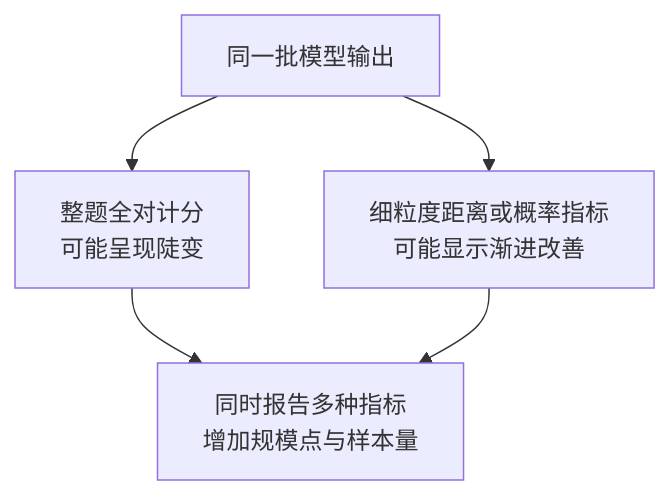
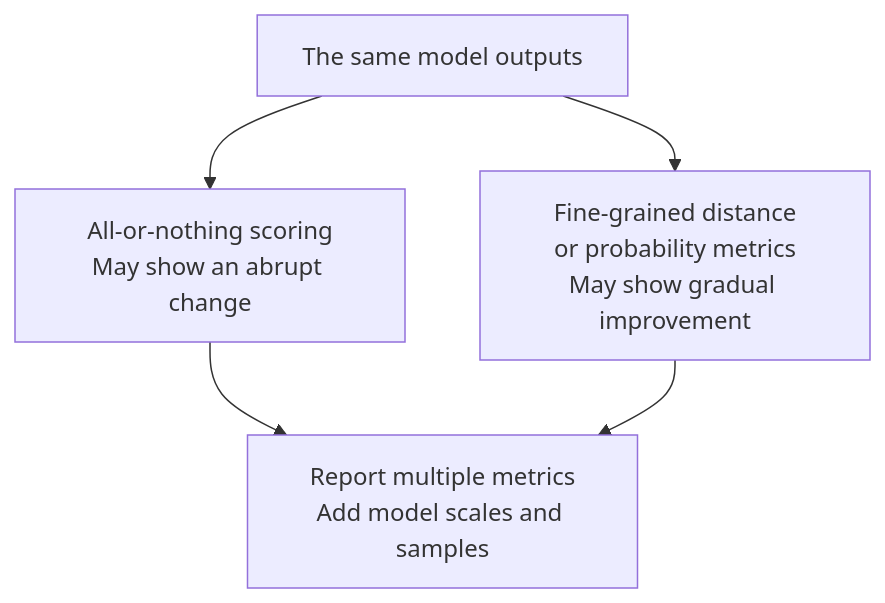
One commit to oneleaveknowsthefall/awesome-ai-roadmap changed the second of 2 diagrams in docs/llm/02-training-alignment/07-scaling-law-emergence.md. Above: the diagram before and after it, drawn with Mermaid. The commit also changed other lines of this file and 92 other files, not shown here.

````diff
--- a/docs/llm/02-training-alignment/07-scaling-law-emergence.md
+++ b/docs/llm/02-training-alignment/07-scaling-law-emergence.md
@@ -161,7 +161,7 @@
 ```mermaid
 flowchart TB
-    OUT["同一批模型输出"] --> EXACT["整题全对计分<br/>可能呈现陡变"]
-    OUT --> FINE["细粒度距离或概率指标<br/>可能显示渐进改善"]
-    EXACT --> CHECK["同时报告多种指标<br/>增加规模点与样本量"]
+    OUT["The same model outputs"] --> EXACT["All-or-nothing scoring<br/>May show an abrupt change"]
+    OUT --> FINE["Fine-grained distance<br/>or probability metrics<br/>May show gradual improvement"]
+    EXACT --> CHECK["Report multiple metrics<br/>Add model scales and samples"]
     FINE --> CHECK
 ```
````
